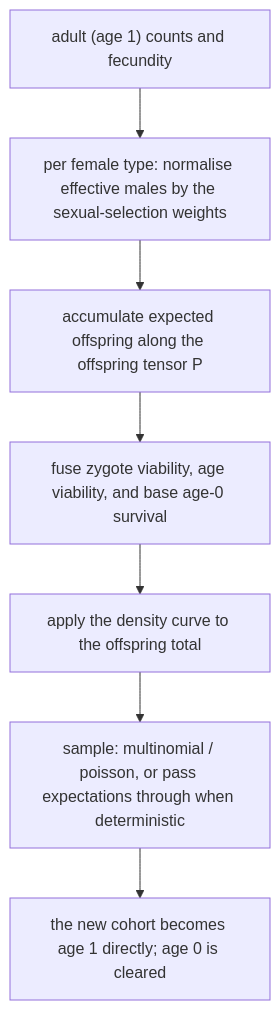
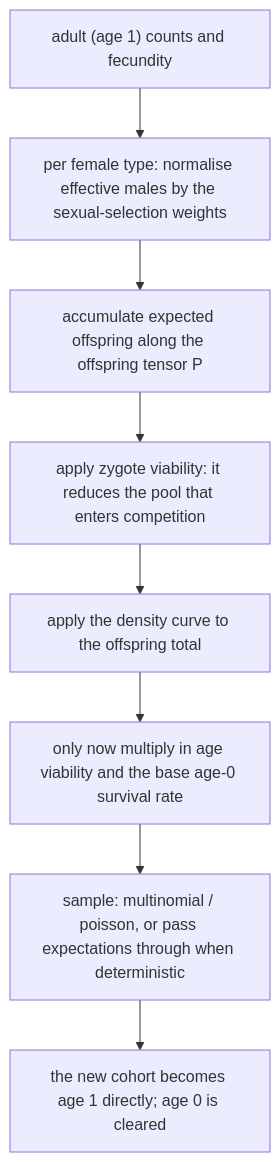
Before and after one commit to jyzhu-pointless/natal-core: the diagram in docs/en/developer/wright_fisher.md, drawn with Mermaid. The commit also changed other lines of this file and 144 other files, not shown here.

````diff
--- a/docs/en/developer/wright_fisher.md
+++ b/docs/en/developer/wright_fisher.md
@@ -20,9 +20,10 @@
 ```mermaid
 flowchart TD
     A["adult (age 1) counts and fecundity"] --> B["per female type: normalise effective males by the sexual-selection weights"]
     B --> C["accumulate expected offspring along the offspring tensor P"]
-    C --> D["fuse zygote viability, age viability, and base age-0 survival"]
+    C --> D["apply zygote viability: it reduces the pool that enters competition"]
     D --> E["apply the density curve to the offspring total"]
-    E --> F["sample: multinomial / poisson, or pass expectations through when deterministic"]
-    F --> G["the new cohort becomes age 1 directly; age 0 is cleared"]
+    E --> F["only now multiply in age viability and the base age-0 survival rate"]
+    F --> G["sample: multinomial / poisson, or pass expectations through when deterministic"]
+    G --> H["the new cohort becomes age 1 directly; age 0 is cleared"]
 ```
````
